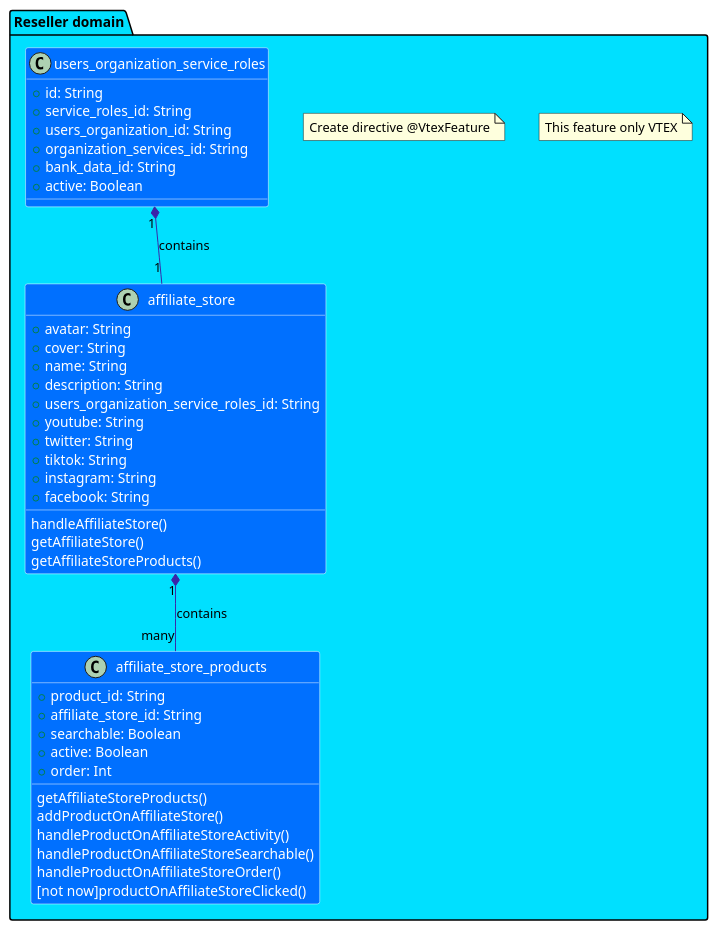
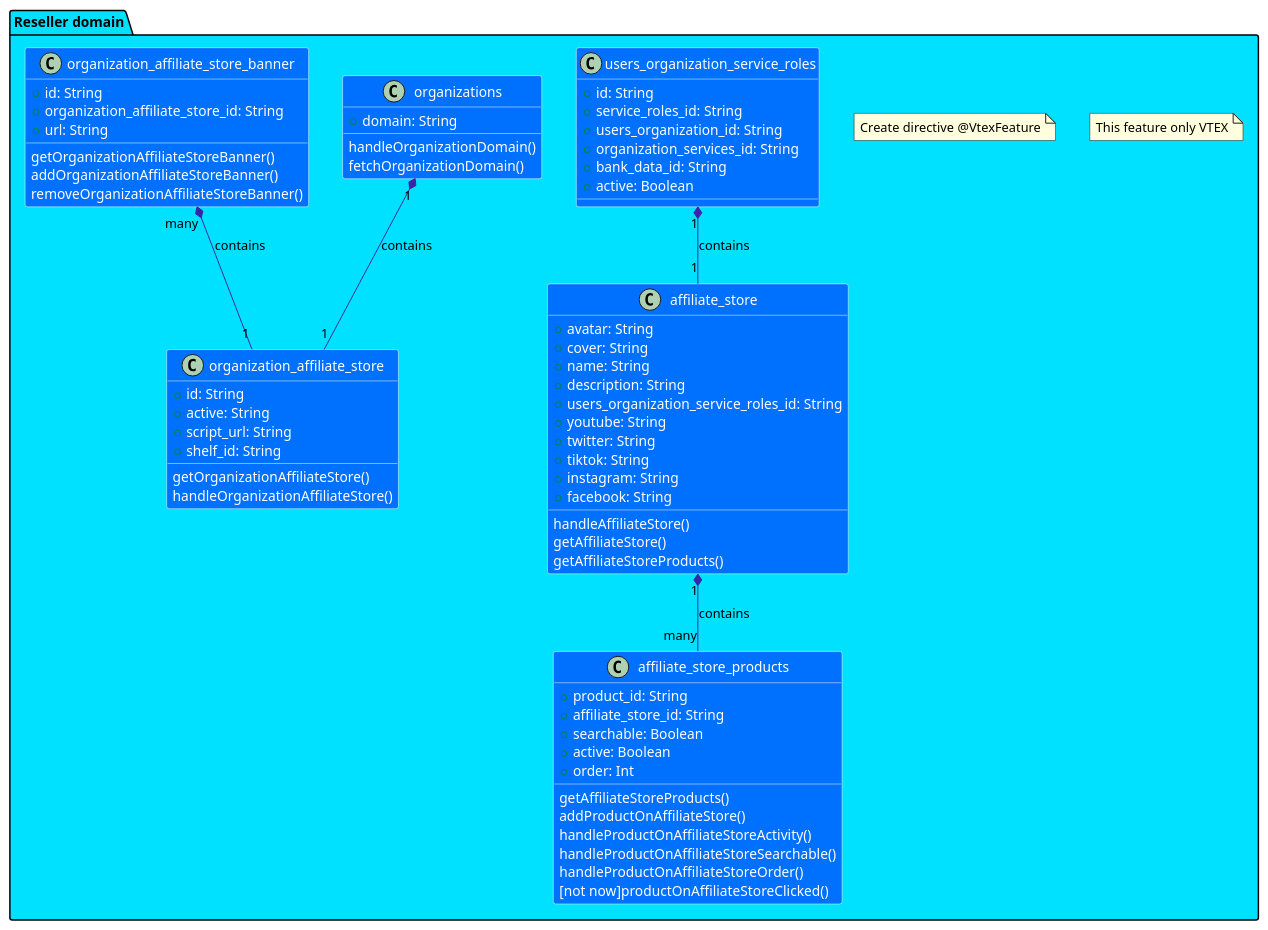
Before and after one commit to LucasTiberio/retailer-dev-api: the diagram in affiliate-store-architecture.md, drawn with PlantUML.

Commit message:
fix: architecture fixed.

````diff
--- a/affiliate-store-architecture.md
+++ b/affiliate-store-architecture.md
@@ -32,6 +32,30 @@
         + bank_data_id: String
         + active: Boolean
     }
+
+    class organizations {
+        + domain: String
+    }
+    organizations : handleOrganizationDomain()
+    organizations : fetchOrganizationDomain()
+
+    class organization_affiliate_store {
+        + id: String
+        + active: String
+        + script_url: String
+        + shelf_id: String
+    }
+    organization_affiliate_store : getOrganizationAffiliateStore()
+    organization_affiliate_store : handleOrganizationAffiliateStore()
+
+    class organization_affiliate_store_banner {
+        + id: String
+        + organization_affiliate_store_id: String
+        + url: String
+    }
+    organization_affiliate_store_banner : getOrganizationAffiliateStoreBanner()
+    organization_affiliate_store_banner : addOrganizationAffiliateStoreBanner()
+    organization_affiliate_store_banner : removeOrganizationAffiliateStoreBanner()
 
     class affiliate_store {
         + avatar: String
@@ -67,6 +91,10 @@
 
     affiliate_store "1" *-- "many" affiliate_store_products : contains
 
+    organizations "1" *-- "1" organization_affiliate_store : contains
+
+    organization_affiliate_store_banner "many" *-- "1" organization_affiliate_store : contains
+
 }
 @enduml
 ```
````
